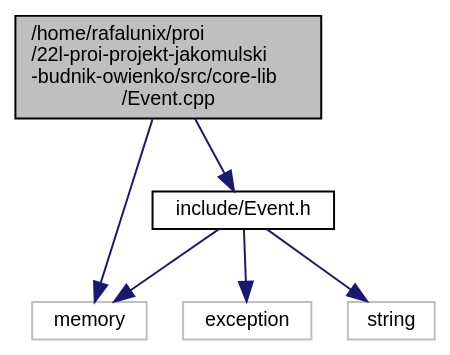
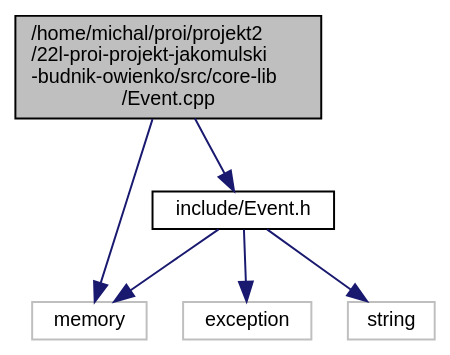
Before and after one commit to SNURTEL/battle-city: the diagram in doc/rtf/_event_8cpp__incl.dot, drawn with Graphviz. The commit also changed 1284 other files, not shown here.

```diff
--- a/doc/rtf/_event_8cpp__incl.dot
+++ b/doc/rtf/_event_8cpp__incl.dot
@@ -1,18 +1,18 @@
-digraph "/home/rafalunix/proi/22l-proi-projekt-jakomulski-budnik-owienko/src/core-lib/Event.cpp"
+digraph "/home/michal/proi/projekt2/22l-proi-projekt-jakomulski-budnik-owienko/src/core-lib/Event.cpp"
 {
  // INTERACTIVE_SVG=YES
  // LATEX_PDF_SIZE
   bgcolor="transparent";
   edge [fontname="Helvetica",fontsize="10",labelfontname="Helvetica",labelfontsize="10"];
   node [fontname="Helvetica",fontsize="10",shape=record];
-  Node1 [label="/home/rafalunix/proi\l/22l-proi-projekt-jakomulski\l-budnik-owienko/src/core-lib\l/Event.cpp",height=0.2,width=0.4,color="black", fillcolor="grey75", style="filled", fontcolor="black",tooltip=" "];
+  Node1 [label="/home/michal/proi/projekt2\l/22l-proi-projekt-jakomulski\l-budnik-owienko/src/core-lib\l/Event.cpp",height=0.2,width=0.4,color="black", fillcolor="grey75", style="filled", fontcolor="black",tooltip=" "];
   Node1 -> Node2 [color="midnightblue",fontsize="10",style="solid",fontname="Helvetica"];
   Node2 [label="memory",height=0.2,width=0.4,color="grey75",tooltip=" "];
   Node1 -> Node3 [color="midnightblue",fontsize="10",style="solid",fontname="Helvetica"];
   Node3 [label="include/Event.h",height=0.2,width=0.4,color="black",URL="$_event_8h.html",tooltip=" "];
   Node3 -> Node4 [color="midnightblue",fontsize="10",style="solid",fontname="Helvetica"];
   Node4 [label="exception",height=0.2,width=0.4,color="grey75",tooltip=" "];
   Node3 -> Node5 [color="midnightblue",fontsize="10",style="solid",fontname="Helvetica"];
   Node5 [label="string",height=0.2,width=0.4,color="grey75",tooltip=" "];
   Node3 -> Node2 [color="midnightblue",fontsize="10",style="solid",fontname="Helvetica"];
 }
```
